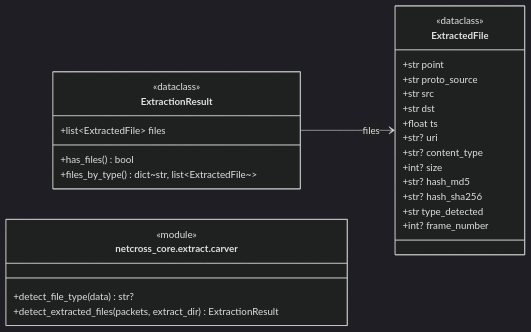
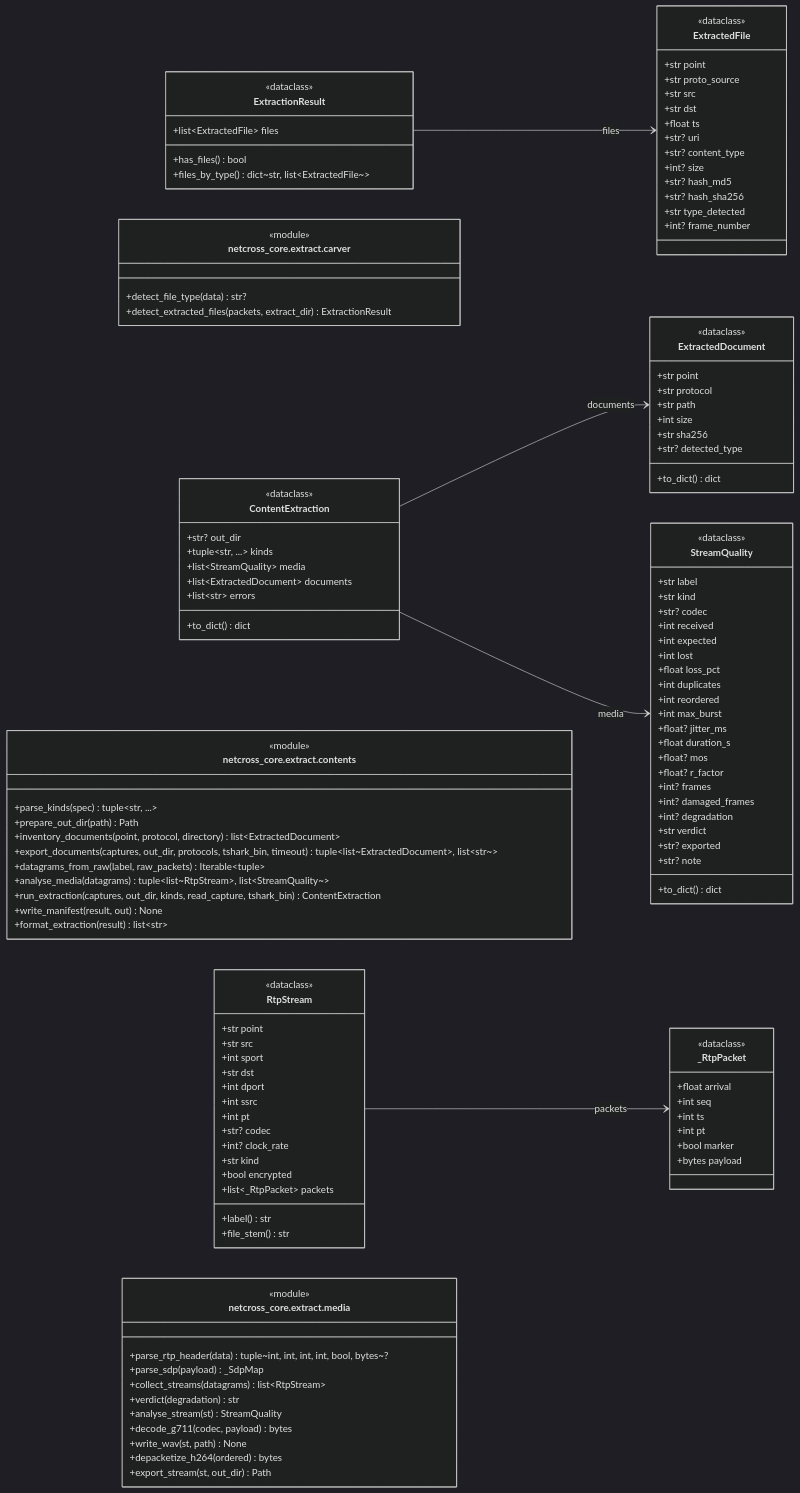
The seventh of 17 diagrams in docs/class-diagram.md (MathildeDec/Netcross), drawn with Mermaid (dark theme) before and after one commit. The commit also changed other lines of this file and 7 other files, not shown here.

First line of the commit message:
feat(extraction): contenus audio/video/documents et note de degradation du transport (#278)

````diff
--- a/docs/class-diagram.md
+++ b/docs/class-diagram.md
@@ -1754,6 +1759,106 @@
         +detect_extracted_files(packets, extract_dir) ExtractionResult
     }
 
+    %% ===== netcross_core.extract.contents =====
+    class ExtractedDocument {
+        <<dataclass>>
+        +str point
+        +str protocol
+        +str path
+        +int size
+        +str sha256
+        +str? detected_type
+        +to_dict() dict
+    }
+    class ContentExtraction {
+        <<dataclass>>
+        +str? out_dir
+        +tuple~str, ...~ kinds
+        +list~StreamQuality~ media
+        +list~ExtractedDocument~ documents
+        +list~str~ errors
+        +to_dict() dict
+    }
+    class mod_netcross_core_extract_contents["netcross_core.extract.contents"] {
+        <<module>>
+        +parse_kinds(spec) tuple~str, ...~
+        +prepare_out_dir(path) Path
+        +inventory_documents(point, protocol, directory) list~ExtractedDocument~
+        +export_documents(captures, out_dir, protocols, tshark_bin, timeout) tuple~list~ExtractedDocument~, list~str~~
+        +datagrams_from_raw(label, raw_packets) Iterable~tuple~
+        +analyse_media(datagrams) tuple~list~RtpStream~, list~StreamQuality~~
+        +run_extraction(captures, out_dir, kinds, read_capture, tshark_bin) ContentExtraction
+        +write_manifest(result, out) None
+        +format_extraction(result) list~str~
+    }
+
+    %% ===== netcross_core.extract.media =====
+    class _RtpPacket {
+        <<dataclass>>
+        +float arrival
+        +int seq
+        +int ts
+        +int pt
+        +bool marker
+        +bytes payload
+    }
+    class RtpStream {
+        <<dataclass>>
+        +str point
+        +str src
+        +int sport
+        +str dst
+        +int dport
+        +int ssrc
+        +int pt
+        +str? codec
+        +int? clock_rate
+        +str kind
+        +bool encrypted
+        +list~_RtpPacket~ packets
+        +label() str
+        +file_stem() str
+    }
+    class StreamQuality {
+        <<dataclass>>
+        +str label
+        +str kind
+        +str? codec
+        +int received
+        +int expected
+        +int lost
+        +float loss_pct
+        +int duplicates
+        +int reordered
+        +int max_burst
+        +float? jitter_ms
+        +float duration_s
+        +float? mos
+        +float? r_factor
+        +int? frames
+        +int? damaged_frames
+        +int? degradation
+        +str verdict
+        +str? exported
+        +str? note
+        +to_dict() dict
+    }
+    class mod_netcross_core_extract_media["netcross_core.extract.media"] {
+        <<module>>
+        +parse_rtp_header(data) tuple~int, int, int, int, bool, bytes~?
+        +parse_sdp(payload) _SdpMap
+        +collect_streams(datagrams) list~RtpStream~
+        +verdict(degradation) str
+        +analyse_stream(st) StreamQuality
+        +decode_g711(codec, payload) bytes
+        +write_wav(st, path) None
+        +depacketize_h264(ordered) bytes
+        +export_stream(st, out_dir) Path
+    }
+
     %% ===== relations =====
     ExtractionResult --> ExtractedFile : files
+    ContentExtraction --> ExtractedDocument : documents
+    ContentExtraction --> StreamQuality : media
+    RtpStream --> _RtpPacket : packets
 ```
````
